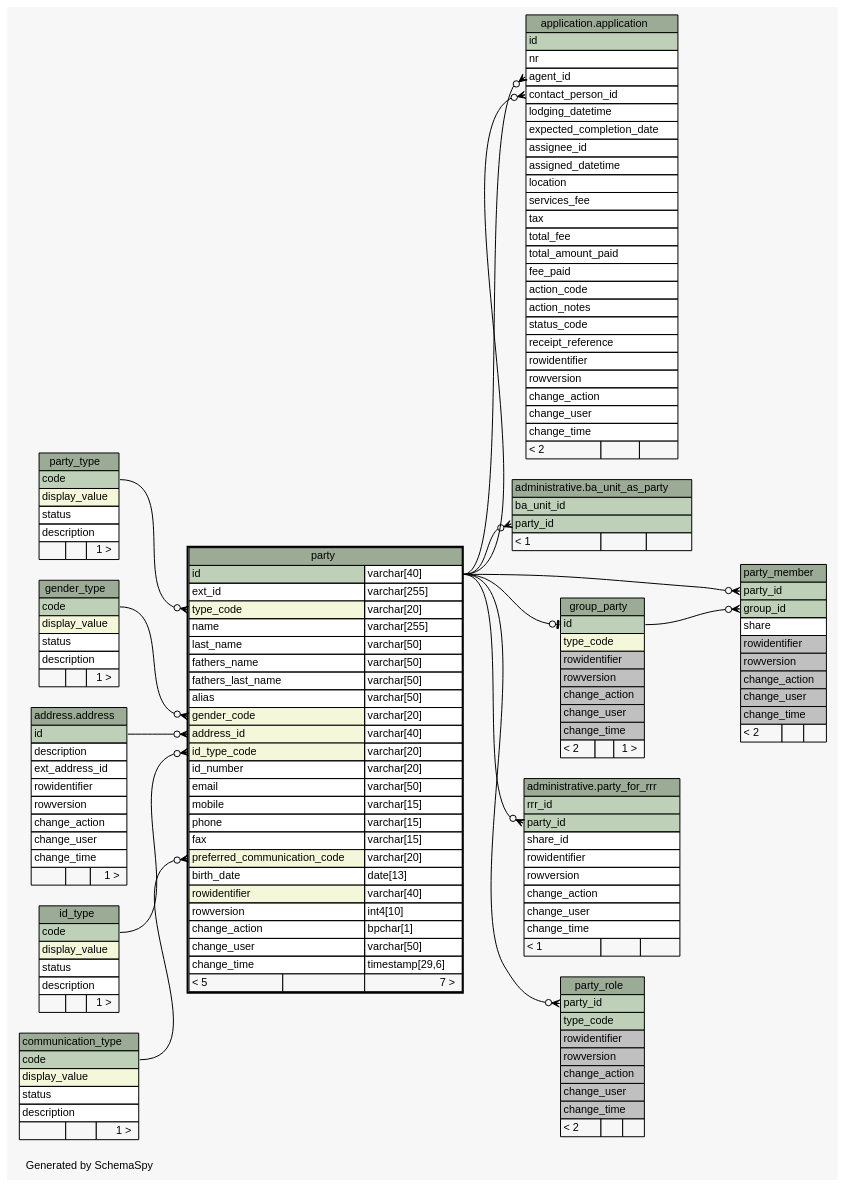
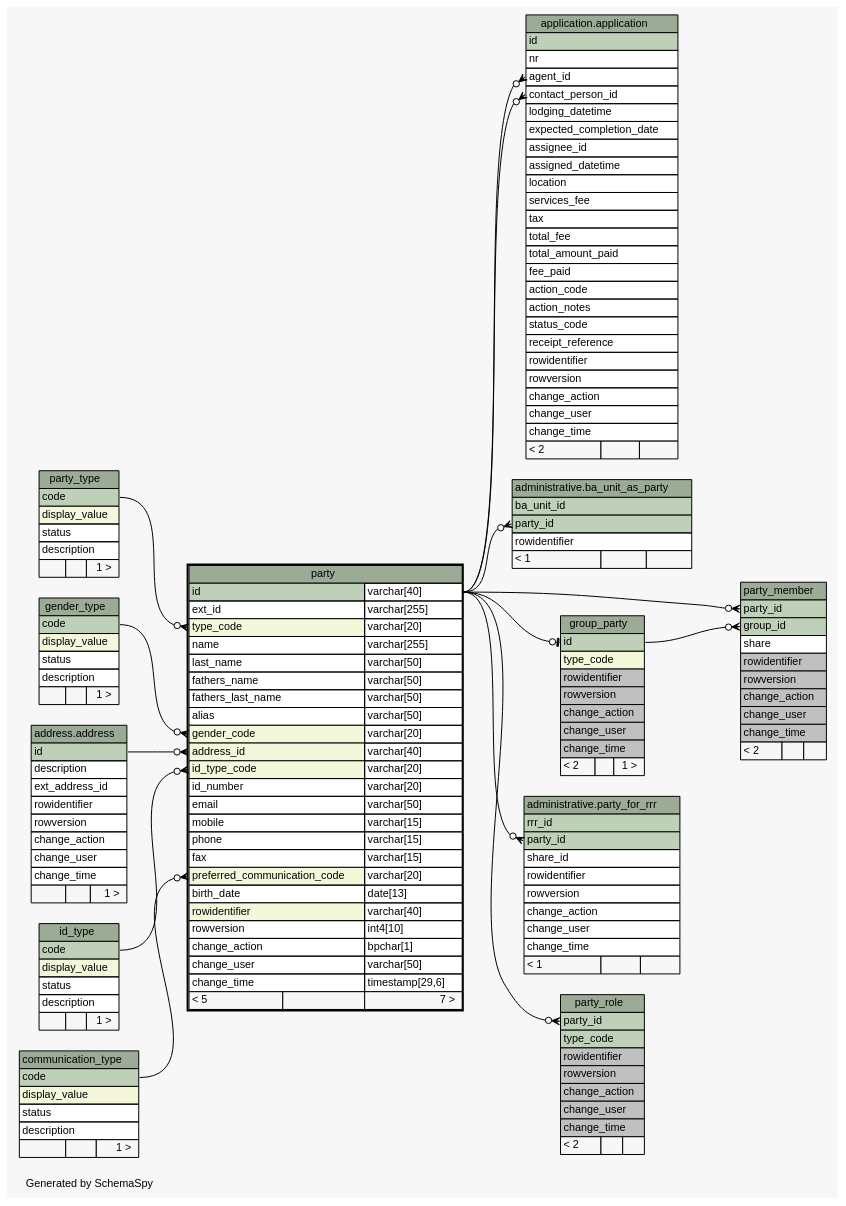
The diagram in doc/party/diagrams/party.1degree.dot (SOLA-FAO/database_sola), drawn with Graphviz before and after one commit. The commit also changed 548 other files, not shown here.

```diff
--- a/doc/party/diagrams/party.1degree.dot
+++ b/doc/party/diagrams/party.1degree.dot
@@ -87,6 +87,7 @@
       <TR><TD COLSPAN="3" BGCOLOR="#9bab96" ALIGN="CENTER">administrative.ba_unit_as_party</TD></TR>
       <TR><TD PORT="ba_unit_id" COLSPAN="3" BGCOLOR="#bed1b8" ALIGN="LEFT">ba_unit_id</TD></TR>
       <TR><TD PORT="party_id" COLSPAN="3" BGCOLOR="#bed1b8" ALIGN="LEFT">party_id</TD></TR>
+      <TR><TD PORT="rowidentifier" COLSPAN="3" ALIGN="LEFT">rowidentifier</TD></TR>
       <TR><TD ALIGN="LEFT" BGCOLOR="#f7f7f7">&lt; 1</TD><TD ALIGN="RIGHT" BGCOLOR="#f7f7f7">  </TD><TD ALIGN="RIGHT" BGCOLOR="#f7f7f7">  </TD></TR>
     </TABLE>>
     URL="../../administrative/tables/ba_unit_as_party.html"
```
